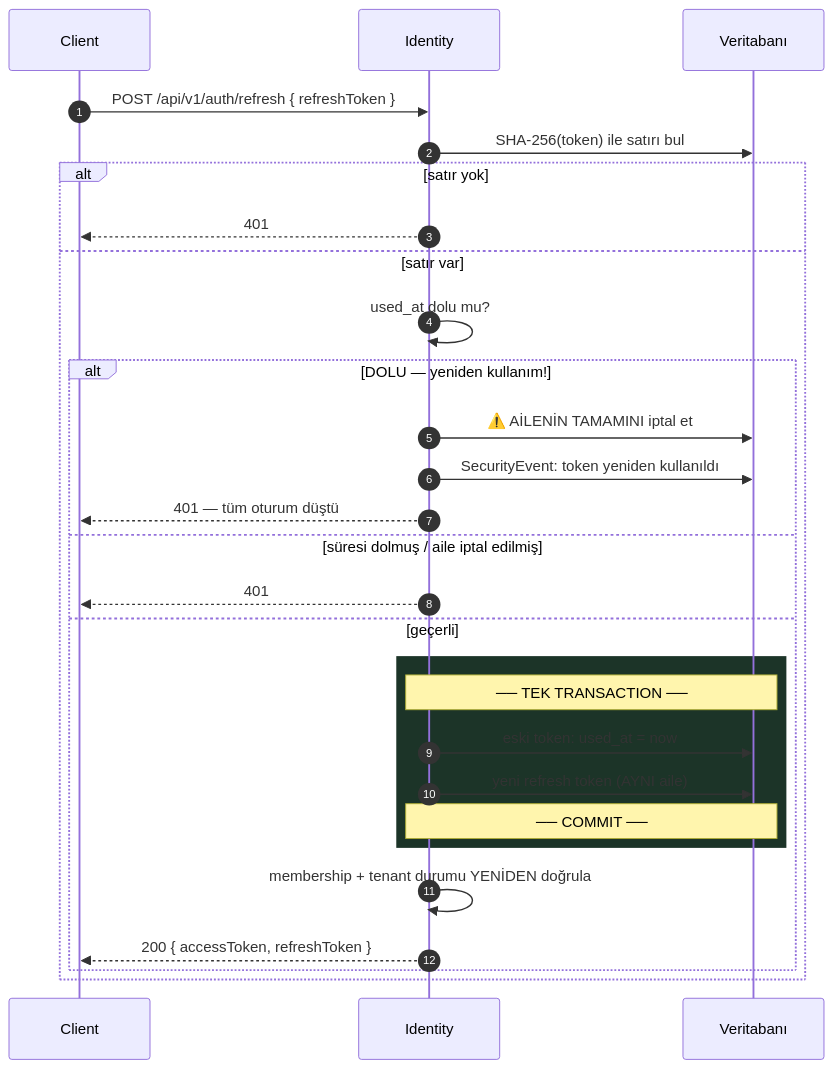
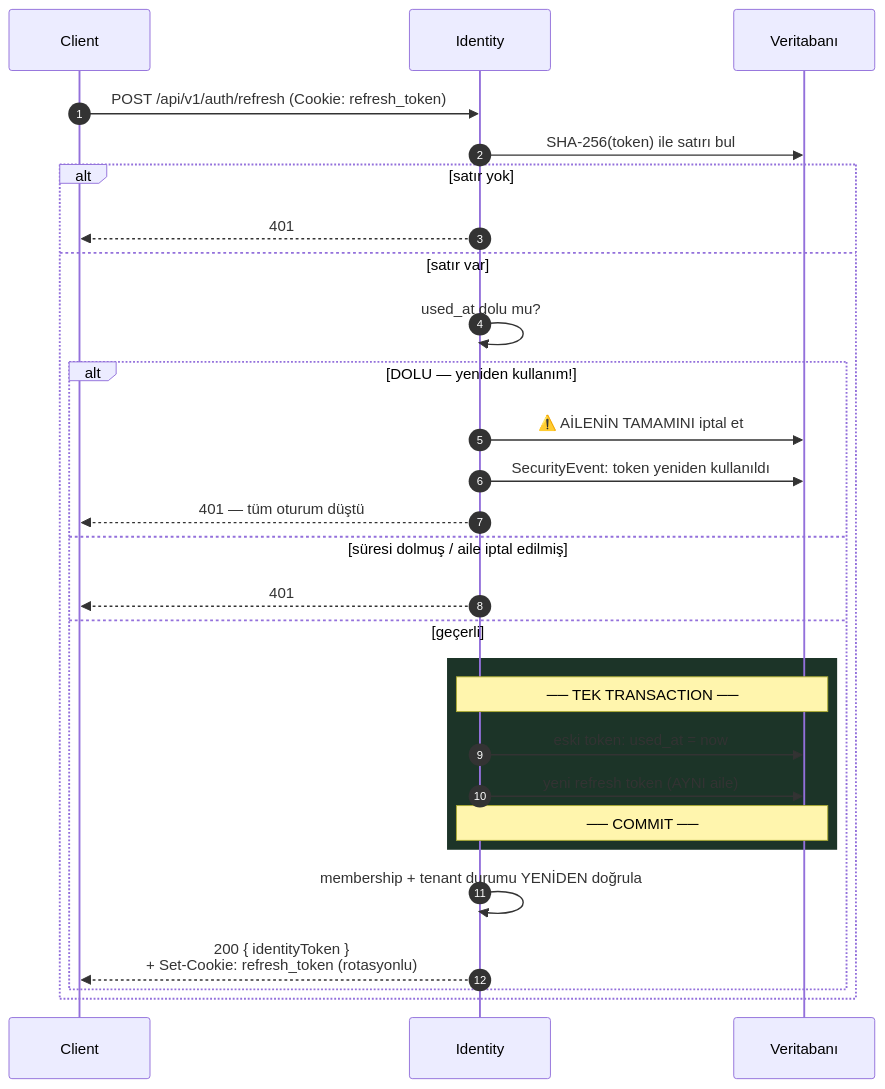
Before and after one commit to Aydin1903/bussiness-os: the fifth of 7 diagrams in docs/architecture/AUTH_ARCHITECTURE.md, drawn with Mermaid. The commit also changed other lines of this file and 3 other files, not shown here.

First line of the commit message:
docs(architecture): frontend token/rendering SSOT + cookie sync (ADR-0026/0027)

````diff
--- a/docs/architecture/AUTH_ARCHITECTURE.md
+++ b/docs/architecture/AUTH_ARCHITECTURE.md
@@ -711,33 +733,33 @@
 ```mermaid
 sequenceDiagram
     autonumber
     participant C as Client
     participant ID as Identity
     participant DB as Veritabanı
 
-    C->>ID: POST /api/v1/auth/refresh { refreshToken }
+    C->>ID: POST /api/v1/auth/refresh (Cookie: refresh_token)
     ID->>DB: SHA-256(token) ile satırı bul
 
     alt satır yok
         ID-->>C: 401
     else satır var
         ID->>ID: used_at dolu mu?
 
         alt DOLU — yeniden kullanım!
             ID->>DB: ⚠️ AİLENİN TAMAMINI iptal et
             ID->>DB: SecurityEvent: token yeniden kullanıldı
             ID-->>C: 401 — tüm oturum düştü
         else süresi dolmuş / aile iptal edilmiş
             ID-->>C: 401
         else geçerli
             rect rgb(28,52,40)
             Note over ID,DB: ── TEK TRANSACTION ──
             ID->>DB: eski token: used_at = now
             ID->>DB: yeni refresh token (AYNI aile)
             Note over ID,DB: ── COMMIT ──
             end
             ID->>ID: membership + tenant durumu YENİDEN doğrula
-            ID-->>C: 200 { accessToken, refreshToken }
+            ID-->>C: 200 { identityToken }<br/>+ Set-Cookie: refresh_token (rotasyonlu)
         end
     end
 ```
````
